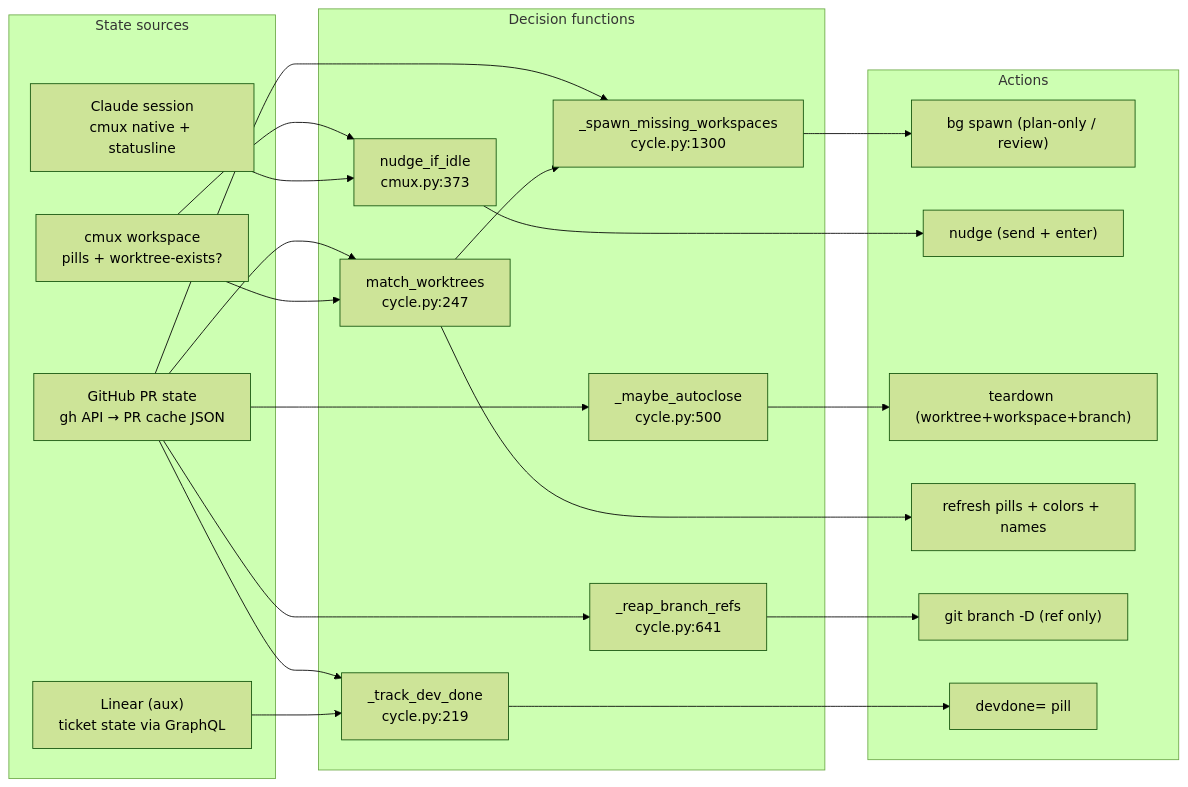
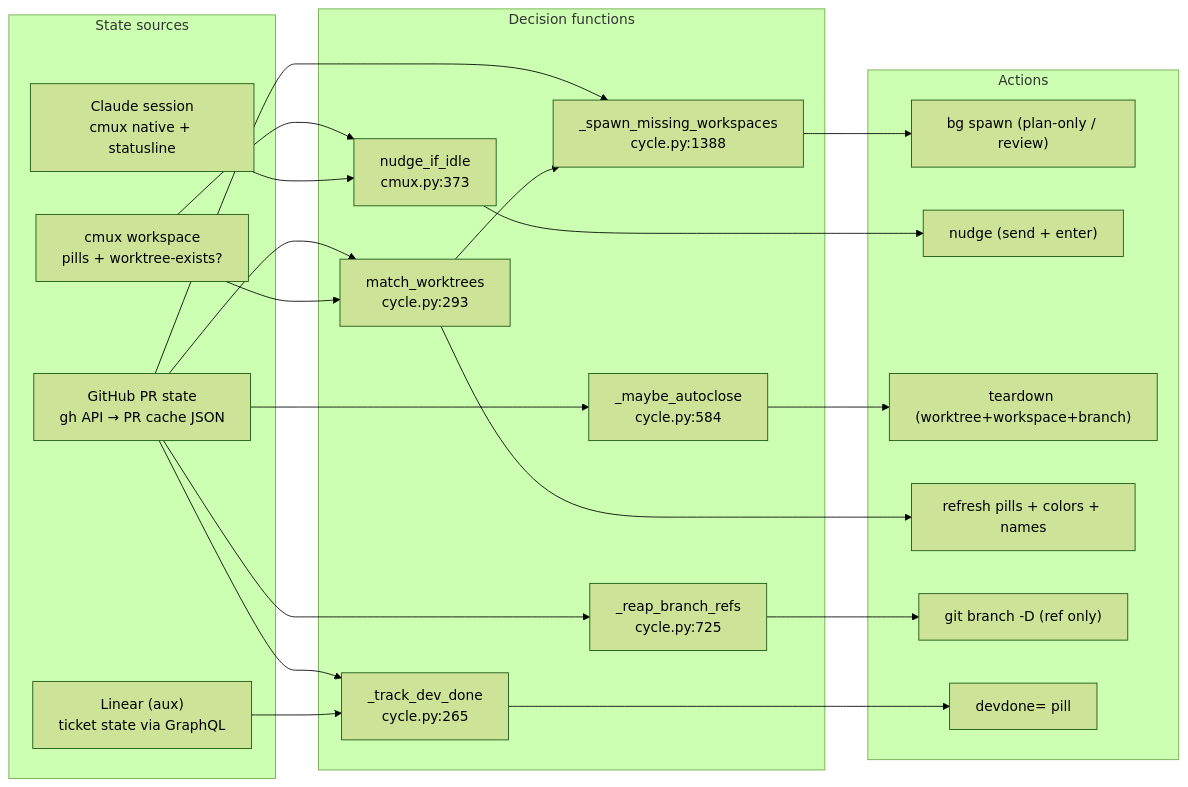
Before and after one commit to khivi/cockpit: the first of 5 diagrams in docs/state-machine.md, drawn with Mermaid (forest theme). The commit also changed 6 other files, not shown here.

````diff
--- a/docs/state-machine.md
+++ b/docs/state-machine.md
@@ -26,41 +26,41 @@
 ```mermaid
 flowchart LR
   subgraph SRC["State sources"]
     GH["GitHub PR state<br/>gh API → PR cache JSON"]
     CL["Claude session<br/>cmux native + statusline"]
     CM["cmux workspace<br/>pills + worktree-exists?"]
     LIN["Linear (aux)<br/>ticket state via GraphQL"]
   end
 
   subgraph DEC["Decision functions"]
-    MW["match_worktrees<br/>cycle.py:247"]
-    SM["_spawn_missing_workspaces<br/>cycle.py:1300"]
+    MW["match_worktrees<br/>cycle.py:293"]
+    SM["_spawn_missing_workspaces<br/>cycle.py:1388"]
     NI["nudge_if_idle<br/>cmux.py:373"]
-    DD["_track_dev_done<br/>cycle.py:219"]
-    AC["_maybe_autoclose<br/>cycle.py:500"]
-    BR["_reap_branch_refs<br/>cycle.py:641"]
+    DD["_track_dev_done<br/>cycle.py:265"]
+    AC["_maybe_autoclose<br/>cycle.py:584"]
+    BR["_reap_branch_refs<br/>cycle.py:725"]
   end
 
   subgraph ACT["Actions"]
     A1["bg spawn (plan-only / review)"]
     A2["nudge (send + enter)"]
     A4["teardown (worktree+workspace+branch)"]
     A5["refresh pills + colors + names"]
     A6["git branch -D (ref only)"]
     A7["devdone= pill"]
   end
 
   GH --> MW & SM & AC & BR
   GH --> DD
   CM --> MW & NI
   CL --> NI
   LIN --> DD
 
   MW --> SM
   SM --> A1
   NI --> A2
   AC --> A4
   MW --> A5
   BR --> A6
   DD --> A7
 ```
````
